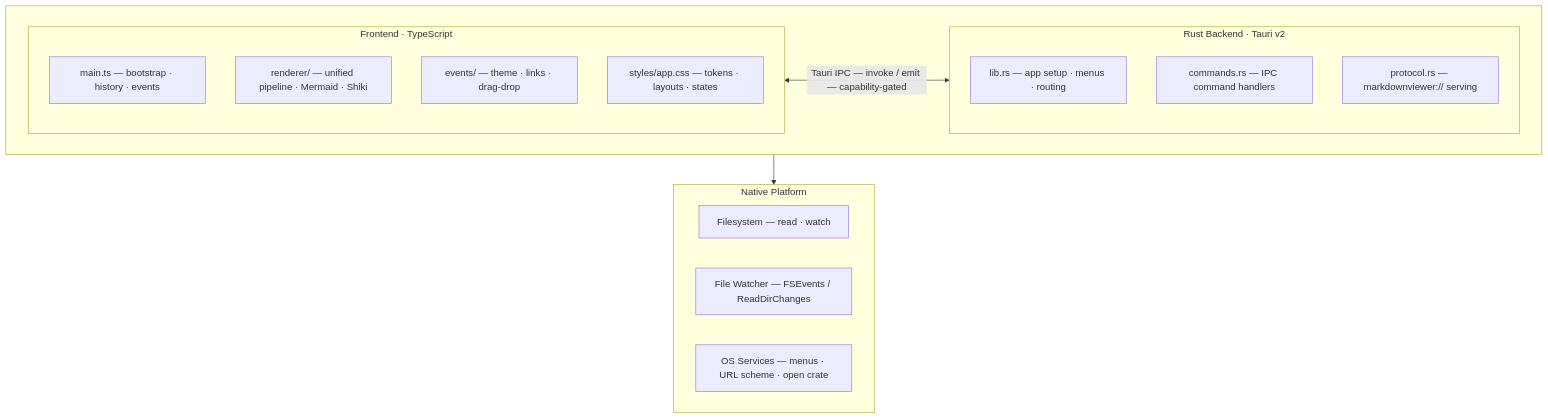
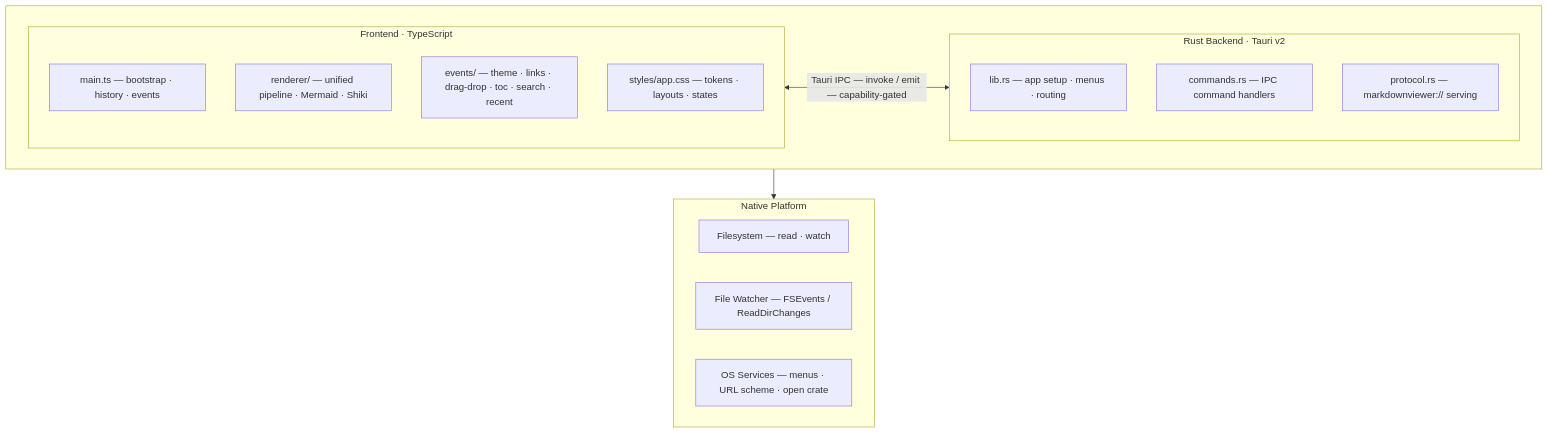
Before and after one commit to hikumar01/MarkdownViewer: the first of 5 diagrams in docs/architecture.md, drawn with Mermaid. The commit also changed other lines of this file and 19 other files, not shown here.

````diff
--- a/docs/architecture.md
+++ b/docs/architecture.md
@@ -36,29 +41,29 @@
 ```mermaid
 flowchart TB
     subgraph APP[" "]
         direction LR
         subgraph FE["Frontend · TypeScript"]
             direction TB
             main["main.ts — bootstrap · history · events"]
             renderer["renderer/ — unified pipeline · Mermaid · Shiki"]
-            ev["events/ — theme · links · drag-drop"]
+            ev["events/ — theme · links · drag-drop · toc · search · recent"]
             css["styles/app.css — tokens · layouts · states"]
         end
         subgraph BE["Rust Backend · Tauri v2"]
             direction TB
             lib["lib.rs — app setup · menus · routing"]
             cmds["commands.rs — IPC command handlers"]
             proto["protocol.rs — markdownviewer:// serving"]
         end
         FE <-->|"Tauri IPC — invoke / emit — capability-gated"| BE
     end
 
     subgraph OS["Native Platform"]
         direction LR
         fs["Filesystem — read · watch"]
         fw["File Watcher — FSEvents / ReadDirChanges"]
         svc["OS Services — menus · URL scheme · open crate"]
     end
 
     APP --> OS
 ```
````
